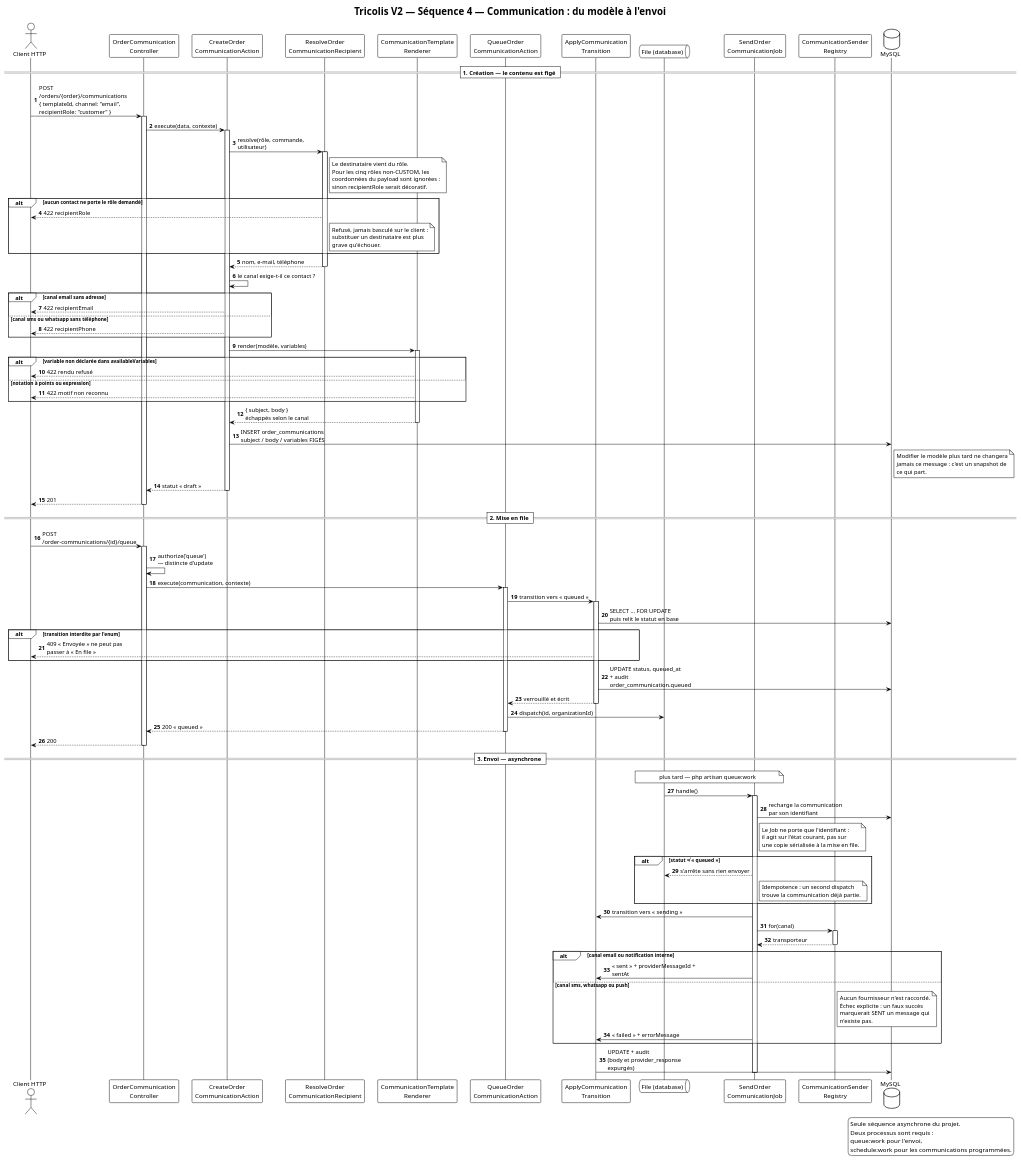
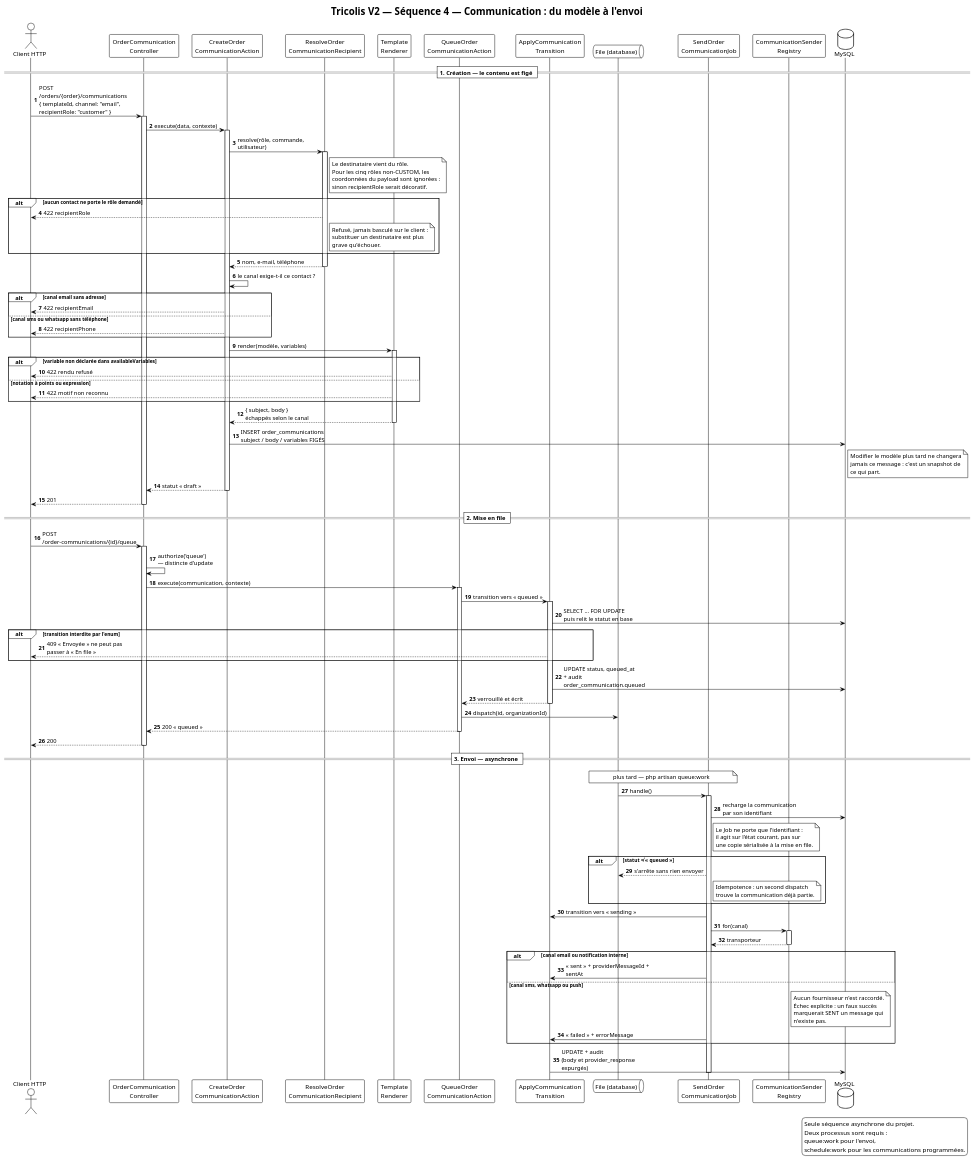
The diagram in Conception/diagramme/sequence-4-communication-envoi.puml (bouaichiDev/TricolisWeb), drawn with PlantUML before and after one commit. The commit also changed 98 other files, not shown here.

```diff
--- a/Conception/diagramme/sequence-4-communication-envoi.puml
+++ b/Conception/diagramme/sequence-4-communication-envoi.puml
@@ -1,151 +1,151 @@
 @startuml
 !theme plain
 skinparam shadowing false
 skinparam sequenceMessageAlign left
 skinparam responseMessageBelowArrow true
 skinparam maxMessageSize 220
 
 title Tricolis V2 — Séquence 4 — Communication : du modèle à l'envoi
 
 actor "Client HTTP" as U
 participant "OrderCommunication\nController" as C
 participant "CreateOrder\nCommunicationAction" as A
 participant "ResolveOrder\nCommunicationRecipient" as RC
-participant "CommunicationTemplate\nRenderer" as RD
+participant "Template\nRenderer" as RD
 participant "QueueOrder\nCommunicationAction" as Q
 participant "ApplyCommunication\nTransition" as TR
 queue "File (database)" as F
 participant "SendOrder\nCommunicationJob" as J
 participant "CommunicationSender\nRegistry" as SD
 database "MySQL" as DB
 
 autonumber
 
 == 1. Création — le contenu est figé ==
 
 U -> C : POST /orders/{order}/communications\n{ templateId, channel: "email",\nrecipientRole: "customer" }
 activate C
 C -> A : execute(data, contexte)
 activate A
 
 A -> RC : resolve(rôle, commande, utilisateur)
 activate RC
 note right of RC
   Le destinataire vient du rôle.
   Pour les cinq rôles non-CUSTOM, les
   coordonnées du payload sont ignorées :
   sinon recipientRole serait décoratif.
 end note
 alt aucun contact ne porte le rôle demandé
   RC --> U : 422 recipientRole
   note right of RC
     Refusé, jamais basculé sur le client :
     substituer un destinataire est plus
     grave qu'échouer.
   end note
 end
 RC --> A : nom, e-mail, téléphone
 deactivate RC
 
 A -> A : le canal exige-t-il ce contact ?
 alt canal email sans adresse
   A --> U : 422 recipientEmail
 else canal sms ou whatsapp sans téléphone
   A --> U : 422 recipientPhone
 end
 
 A -> RD : render(modèle, variables)
 activate RD
 alt variable non déclarée dans availableVariables
   RD --> U : 422 rendu refusé
 else notation à points ou expression
   RD --> U : 422 motif non reconnu
 end
 RD --> A : { subject, body }\néchappés selon le canal
 deactivate RD
 
 A -> DB : INSERT order_communications\nsubject / body / variables FIGÉS
 note right of DB
   Modifier le modèle plus tard ne changera
   jamais ce message : c'est un snapshot de
   ce qui part.
 end note
 A --> C : statut « draft »
 deactivate A
 C --> U : 201
 deactivate C
 
 == 2. Mise en file ==
 
 U -> C : POST /order-communications/{id}/queue
 activate C
 C -> C : authorize('queue')\n— distincte d'update
 C -> Q : execute(communication, contexte)
 activate Q
 Q -> TR : transition vers « queued »
 activate TR
 TR -> DB : SELECT … FOR UPDATE\npuis relit le statut en base
 alt transition interdite par l'enum
   TR --> U : 409 « Envoyée » ne peut pas\npasser à « En file »
 end
 TR -> DB : UPDATE status, queued_at\n+ audit order_communication.queued
 TR --> Q : verrouillé et écrit
 deactivate TR
 Q -> F : dispatch(id, organizationId)
 Q --> C : 200 « queued »
 deactivate Q
 C --> U : 200
 deactivate C
 
 == 3. Envoi — asynchrone ==
 
 note over F, J : plus tard — php artisan queue:work
 
 F -> J : handle()
 activate J
 J -> DB : recharge la communication\npar son identifiant
 note right of J
   Le Job ne porte que l'identifiant :
   il agit sur l'état courant, pas sur
   une copie sérialisée à la mise en file.
 end note
 
 alt statut ≠ « queued »
   J --> F : s'arrête sans rien envoyer
   note right of J
     Idempotence : un second dispatch
     trouve la communication déjà partie.
   end note
 end
 
 J -> TR : transition vers « sending »
 J -> SD : for(canal)
 activate SD
 SD --> J : transporteur
 deactivate SD
 
 alt canal email ou notification interne
   J -> TR : « sent » + providerMessageId + sentAt
 else canal sms, whatsapp ou push
   note right of SD
     Aucun fournisseur n'est raccordé.
     Échec explicite : un faux succès
     marquerait SENT un message qui
     n'existe pas.
   end note
   J -> TR : « failed » + errorMessage
 end
 
 activate TR
 TR -> DB : UPDATE + audit\n(body et provider_response expurgés)
 deactivate TR
 deactivate J
 
 legend right
   Seule séquence asynchrone du projet.
   Deux processus sont requis :
   queue:work pour l'envoi,
   schedule:work pour les communications programmées.
 end legend
 
 @enduml
```
